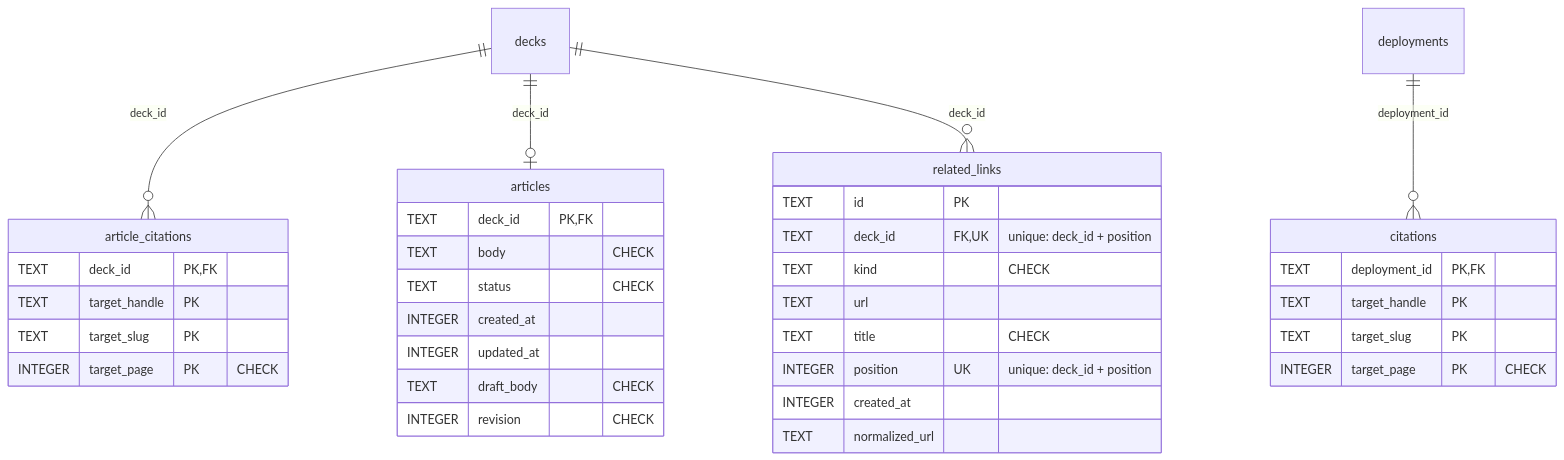
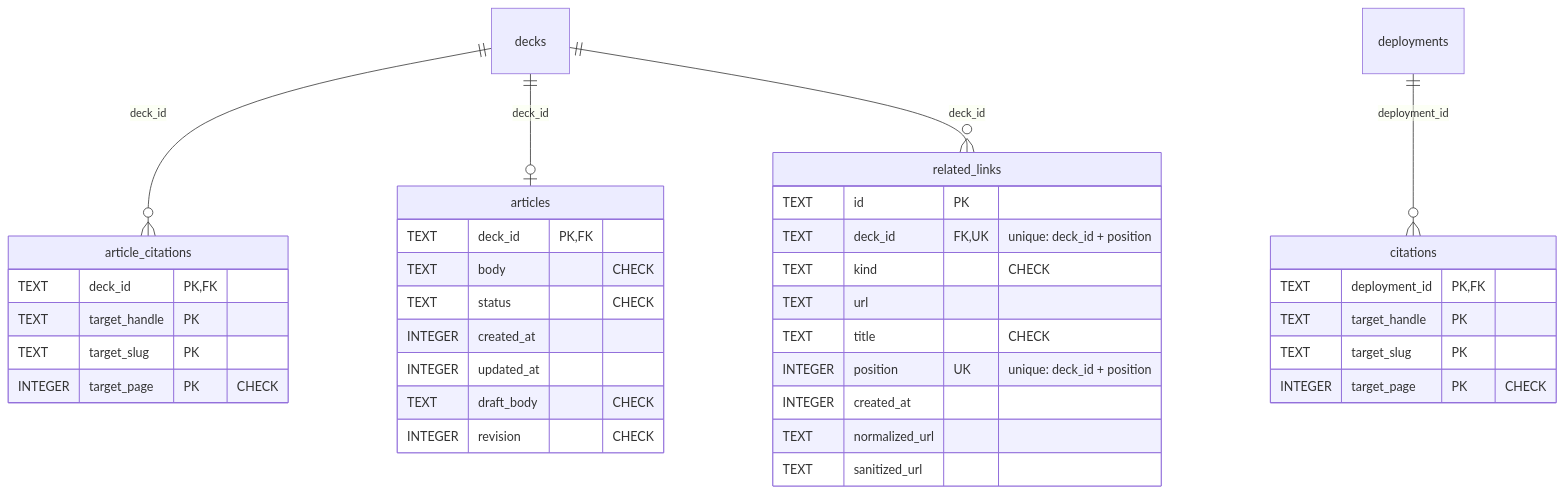
Before and after one commit to piconic-ai/slide: the seventh of 8 diagrams in docs/dev/er-diagram.md, drawn with Mermaid. The commit also changed 3 other files, not shown here.

````diff
--- a/docs/dev/er-diagram.md
+++ b/docs/dev/er-diagram.md
@@ -344,40 +344,41 @@
 ```mermaid
 erDiagram
     article_citations {
         TEXT deck_id PK, FK
         TEXT target_handle PK
         TEXT target_slug PK
         INTEGER target_page PK "CHECK"
     }
     articles {
         TEXT deck_id PK, FK
         TEXT body "CHECK"
         TEXT status "CHECK"
         INTEGER created_at
         INTEGER updated_at
         TEXT draft_body "CHECK"
         INTEGER revision "CHECK"
     }
     citations {
         TEXT deployment_id PK, FK
         TEXT target_handle PK
         TEXT target_slug PK
         INTEGER target_page PK "CHECK"
     }
     related_links {
         TEXT id PK
         TEXT deck_id FK, UK "unique: deck_id + position"
         TEXT kind "CHECK"
         TEXT url
         TEXT title "CHECK"
         INTEGER position UK "unique: deck_id + position"
         INTEGER created_at
         TEXT normalized_url
+        TEXT sanitized_url
     }
     decks
     deployments
     decks ||--o{ article_citations : "deck_id"
     decks ||--o| articles : "deck_id"
     deployments ||--o{ citations : "deployment_id"
     decks ||--o{ related_links : "deck_id"
 ```
````
